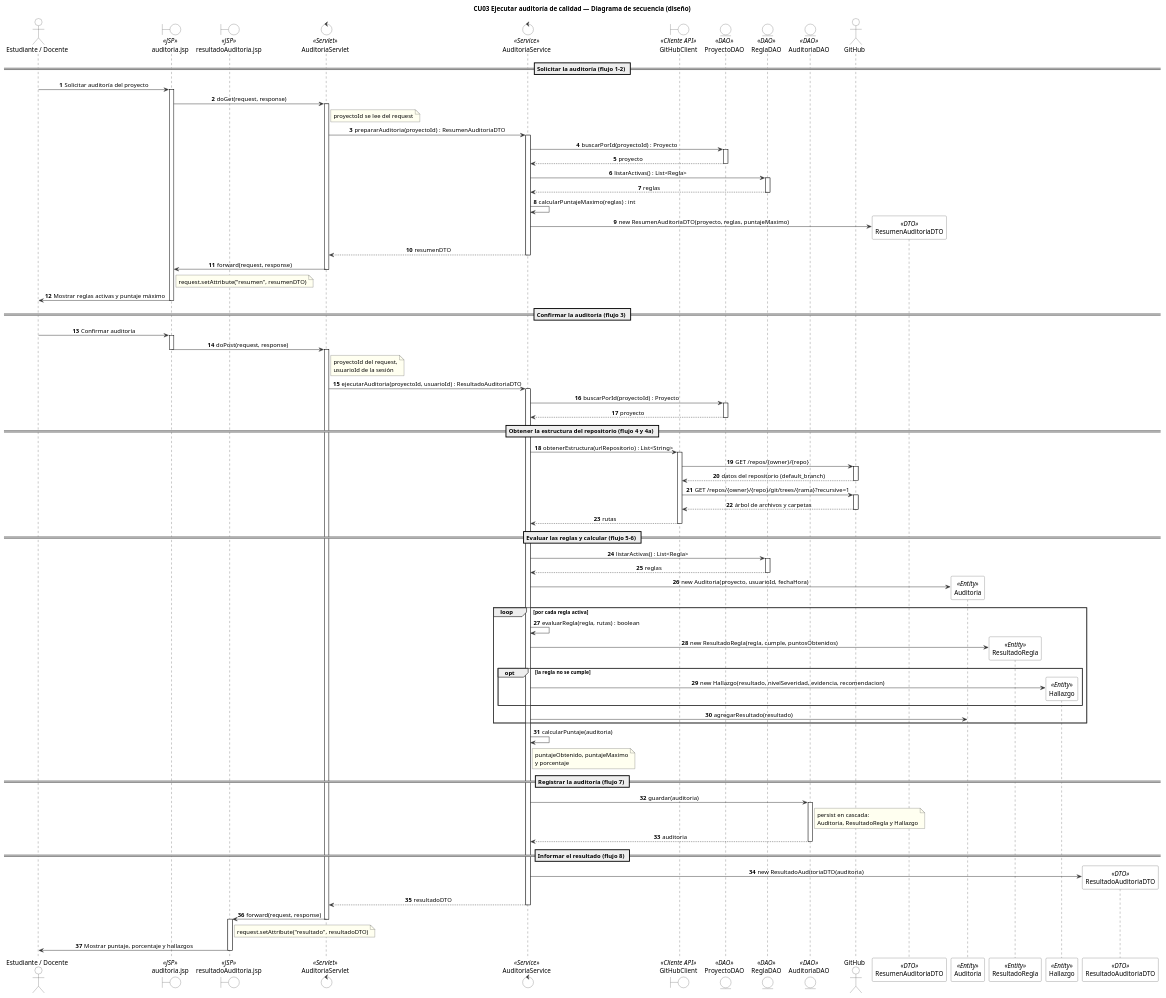
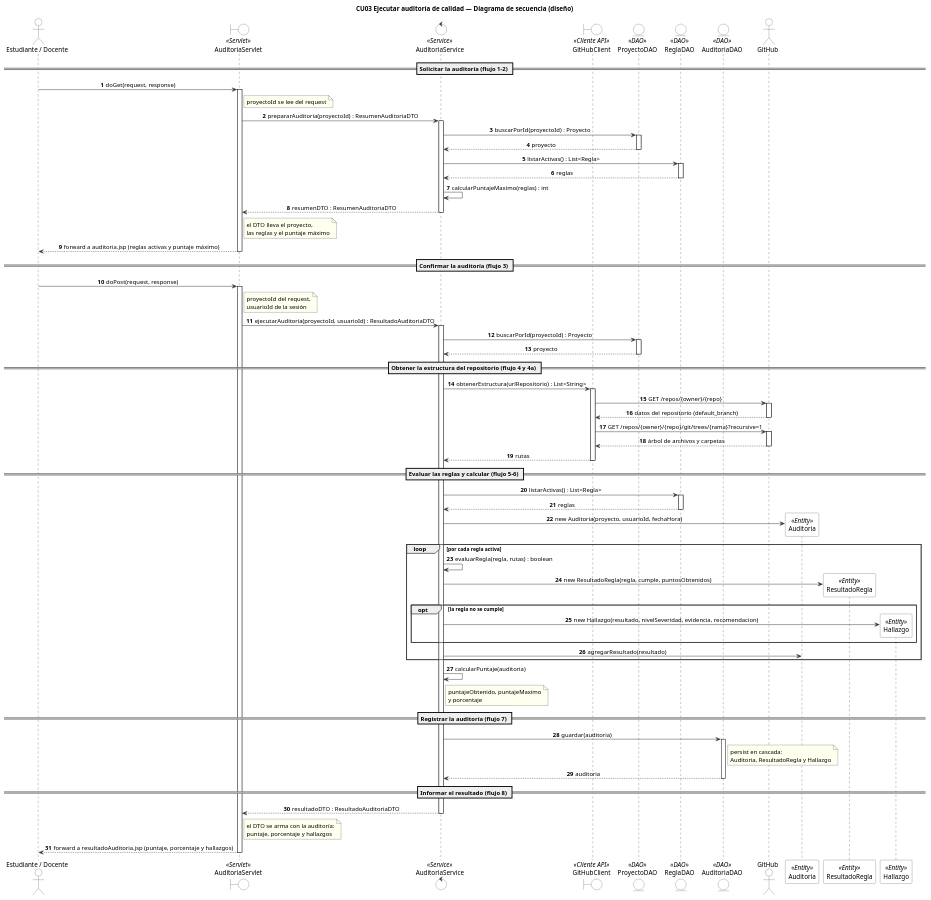
One commit to ErickBaja05/GR4_1BT3_622_26B changed the diagram in docs/incremento1/sequenceDiagrams/cu03-ejecutarAuditoria.puml. Above: the diagram before and after it, drawn with PlantUML. The commit also changed 1 other file, not shown here.

Commit message:
docs: eliminar líneas de vida de JSP y DTO en diagramas de secuencia de CU3 y CU4

```diff
--- a/docs/incremento1/sequenceDiagrams/cu03-ejecutarAuditoria.puml
+++ b/docs/incremento1/sequenceDiagrams/cu03-ejecutarAuditoria.puml
@@ -1,130 +1,114 @@
 @startuml cu03_secuencia_diseno
 title CU03 Ejecutar auditoría de calidad — Diagrama de secuencia (diseño)
 
 autonumber
 skinparam sequenceMessageAlign center
 skinparam backgroundColor white
 skinparam shadowing false
 skinparam defaultFontName Arial
 skinparam ArrowColor #333333
 skinparam ParticipantBorderColor #333333
 skinparam ParticipantBackgroundColor white
 skinparam ActorBorderColor #333333
 skinparam ActorBackgroundColor white
 skinparam BoundaryBorderColor #333333
 skinparam BoundaryBackgroundColor white
 skinparam ControlBorderColor #333333
 skinparam ControlBackgroundColor white
 skinparam EntityBorderColor #333333
 skinparam EntityBackgroundColor white
 skinparam LifeLineBorderColor #333333
 skinparam SequenceGroupBorderColor #333333
 skinparam NoteBorderColor #333333
 skinparam NoteBackgroundColor #FFFFF0
 
 actor "Estudiante / Docente" as U
-boundary "auditoria.jsp" as JSP1 <<JSP>>
-boundary "resultadoAuditoria.jsp" as JSP2 <<JSP>>
-control "AuditoriaServlet" as SRV <<Servlet>>
+boundary "AuditoriaServlet" as SRV <<Servlet>>
 control "AuditoriaService" as SVC <<Service>>
 boundary "GitHubClient" as GHC <<Cliente API>>
 entity "ProyectoDAO" as PDAO <<DAO>>
 entity "ReglaDAO" as RDAO <<DAO>>
 entity "AuditoriaDAO" as ADAO <<DAO>>
 actor "GitHub" as GH
 
 == Solicitar la auditoría (flujo 1-2) ==
-U -> JSP1 : Solicitar auditoría del proyecto
-activate JSP1
-JSP1 -> SRV : doGet(request, response)
+U -> SRV : doGet(request, response)
 activate SRV
 note right of SRV : proyectoId se lee del request
 SRV -> SVC : prepararAuditoria(proyectoId) : ResumenAuditoriaDTO
 activate SVC
 SVC -> PDAO : buscarPorId(proyectoId) : Proyecto
 activate PDAO
 PDAO --> SVC : proyecto
 deactivate PDAO
 SVC -> RDAO : listarActivas() : List<Regla>
 activate RDAO
 RDAO --> SVC : reglas
 deactivate RDAO
 SVC -> SVC : calcularPuntajeMaximo(reglas) : int
-create "ResumenAuditoriaDTO" as DTO1 <<DTO>>
-SVC -> DTO1 : new ResumenAuditoriaDTO(proyecto, reglas, puntajeMaximo)
-SVC --> SRV : resumenDTO
+SVC --> SRV : resumenDTO : ResumenAuditoriaDTO
 deactivate SVC
-SRV -> JSP1 : forward(request, response)
+note right of SRV : el DTO lleva el proyecto,\nlas reglas y el puntaje máximo
+SRV --> U : forward a auditoria.jsp (reglas activas y puntaje máximo)
 deactivate SRV
-note right of JSP1 : request.setAttribute("resumen", resumenDTO)
-JSP1 -> U : Mostrar reglas activas y puntaje máximo
-deactivate JSP1
 
 == Confirmar la auditoría (flujo 3) ==
-U -> JSP1 : Confirmar auditoría
-activate JSP1
-JSP1 -> SRV : doPost(request, response)
-deactivate JSP1
+U -> SRV : doPost(request, response)
 activate SRV
 note right of SRV : proyectoId del request,\nusuarioId de la sesión
 SRV -> SVC : ejecutarAuditoria(proyectoId, usuarioId) : ResultadoAuditoriaDTO
 activate SVC
 SVC -> PDAO : buscarPorId(proyectoId) : Proyecto
 activate PDAO
 PDAO --> SVC : proyecto
 deactivate PDAO
 
 == Obtener la estructura del repositorio (flujo 4 y 4a) ==
 SVC -> GHC : obtenerEstructura(urlRepositorio) : List<String>
 activate GHC
 GHC -> GH : GET /repos/{owner}/{repo}
 activate GH
 GH --> GHC : datos del repositorio (default_branch)
 deactivate GH
 GHC -> GH : GET /repos/{owner}/{repo}/git/trees/{rama}?recursive=1
 activate GH
 GH --> GHC : árbol de archivos y carpetas
 deactivate GH
 GHC --> SVC : rutas
 deactivate GHC
 
 == Evaluar las reglas y calcular (flujo 5-6) ==
 SVC -> RDAO : listarActivas() : List<Regla>
 activate RDAO
 RDAO --> SVC : reglas
 deactivate RDAO
 create "Auditoria" as AUD <<Entity>>
 SVC -> AUD : new Auditoria(proyecto, usuarioId, fechaHora)
 loop por cada regla activa
   SVC -> SVC : evaluarRegla(regla, rutas) : boolean
   create "ResultadoRegla" as RES <<Entity>>
   SVC -> RES : new ResultadoRegla(regla, cumple, puntosObtenidos)
   opt la regla no se cumple
     create "Hallazgo" as HAL <<Entity>>
     SVC -> HAL : new Hallazgo(resultado, nivelSeveridad, evidencia, recomendacion)
   end
   SVC -> AUD : agregarResultado(resultado)
 end
 SVC -> SVC : calcularPuntaje(auditoria)
 note right of SVC : puntajeObtenido, puntajeMaximo\ny porcentaje
 
 == Registrar la auditoría (flujo 7) ==
 SVC -> ADAO : guardar(auditoria)
 activate ADAO
 note right of ADAO : persist en cascada:\nAuditoria, ResultadoRegla y Hallazgo
 ADAO --> SVC : auditoria
 deactivate ADAO
 
 == Informar el resultado (flujo 8) ==
-create "ResultadoAuditoriaDTO" as DTO2 <<DTO>>
-SVC -> DTO2 : new ResultadoAuditoriaDTO(auditoria)
-SVC --> SRV : resultadoDTO
+SVC --> SRV : resultadoDTO : ResultadoAuditoriaDTO
 deactivate SVC
-SRV -> JSP2 : forward(request, response)
+note right of SRV : el DTO se arma con la auditoría:\npuntaje, porcentaje y hallazgos
+SRV --> U : forward a resultadoAuditoria.jsp (puntaje, porcentaje y hallazgos)
 deactivate SRV
-activate JSP2
-note right of JSP2 : request.setAttribute("resultado", resultadoDTO)
-JSP2 -> U : Mostrar puntaje, porcentaje y hallazgos
-deactivate JSP2
 
 @enduml
```
